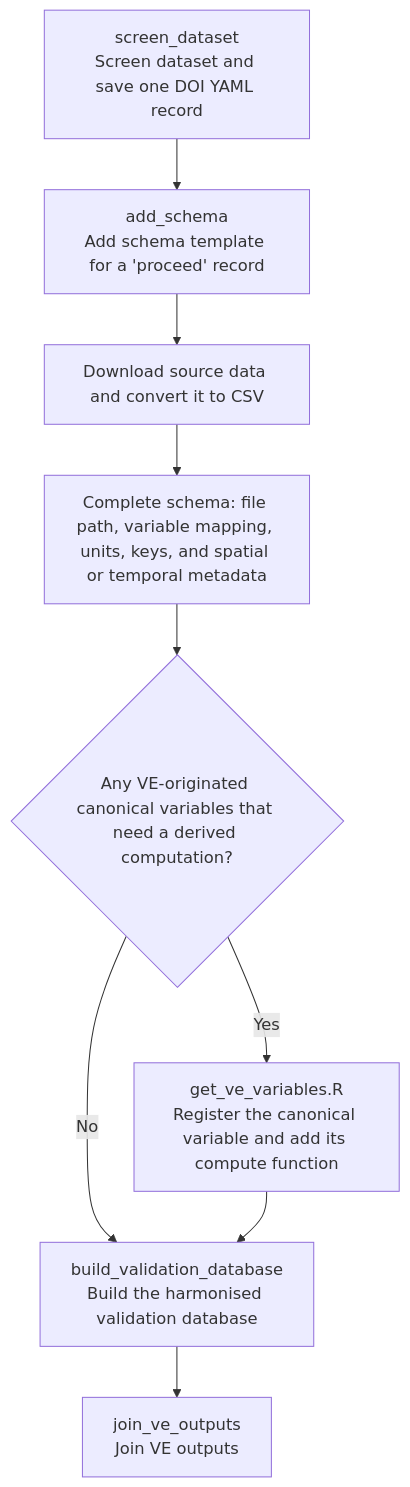
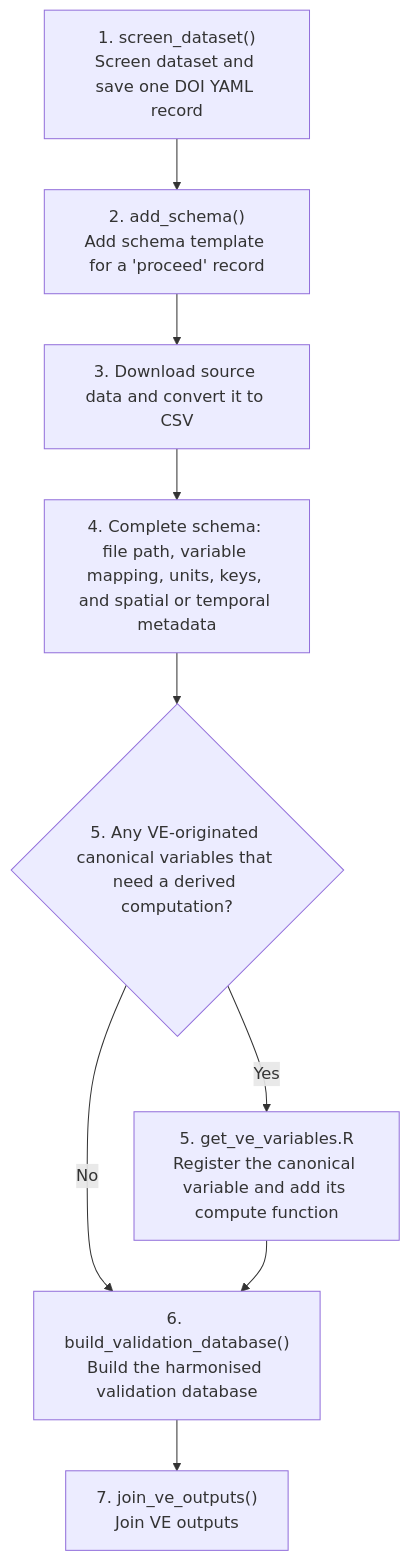
One commit to ImperialCollegeLondon/ve_data_science changed the first of 3 diagrams in docs/validation_database.md. Above: the diagram before and after it, drawn with Mermaid. The commit also changed other lines of this file, not shown here.

Commit message:
a minimal change to anchor steps

````diff
--- a/docs/validation_database.md
+++ b/docs/validation_database.md
@@ -8,11 +8,11 @@
 ```mermaid
 flowchart TD
-  A["screen_dataset<br/>Screen dataset and save one DOI YAML record"] --> B["add_schema<br/>Add schema template for a 'proceed' record"]
-  B --> C["Download source data and convert it to CSV"]
-  C --> D["Complete schema: file path, variable mapping, units, keys, and spatial or temporal metadata"]
-  D --> E{"Any VE-originated canonical variables that need a derived computation?"}
-  E -- No --> F["build_validation_database<br/>Build the harmonised validation database"]
-  E -- Yes --> G["get_ve_variables.R<br/>Register the canonical variable and add its compute function"]
+  A["1. screen_dataset()<br/>Screen dataset and save one DOI YAML record"] --> B["2. add_schema()<br/>Add schema template for a 'proceed' record"]
+  B --> C["3. Download source data and convert it to CSV"]
+  C --> D["4. Complete schema: file path, variable mapping, units, keys, and spatial or temporal metadata"]
+  D --> E{"5. Any VE-originated canonical variables that need a derived computation?"}
+  E -- No --> F["6. build_validation_database()<br/>Build the harmonised validation database"]
+  E -- Yes --> G["5. get_ve_variables.R<br/>Register the canonical variable and add its compute function"]
   G --> F
-  F --> H["join_ve_outputs<br/>Join VE outputs"]
+  F --> H["7. join_ve_outputs()<br/>Join VE outputs"]
 ```
````
